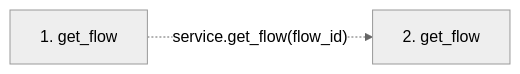
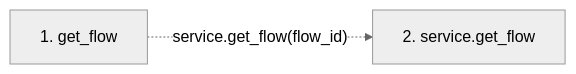
One commit to Denissvgn/python-wiki-llm changed the second of 2 diagrams in docs/llm_wiki/flows/mcp-get_flow.md. Above: the diagram before and after it, drawn with Mermaid (neutral theme). The commit also changed other lines of this file and 719 other files, not shown here.

````diff
--- a/docs/llm_wiki/flows/mcp-get_flow.md
+++ b/docs/llm_wiki/flows/mcp-get_flow.md
@@ -19,7 +20,7 @@
 ```mermaid
 flowchart LR
     s1["1. get_flow"]
-    s2["2. get_flow"]
+    s2["2. service.get_flow"]
     s1 -. "service.get_flow(flow_id)" .-> s2
     click s1 "../modules/mcp_server.md"
 ```
````
